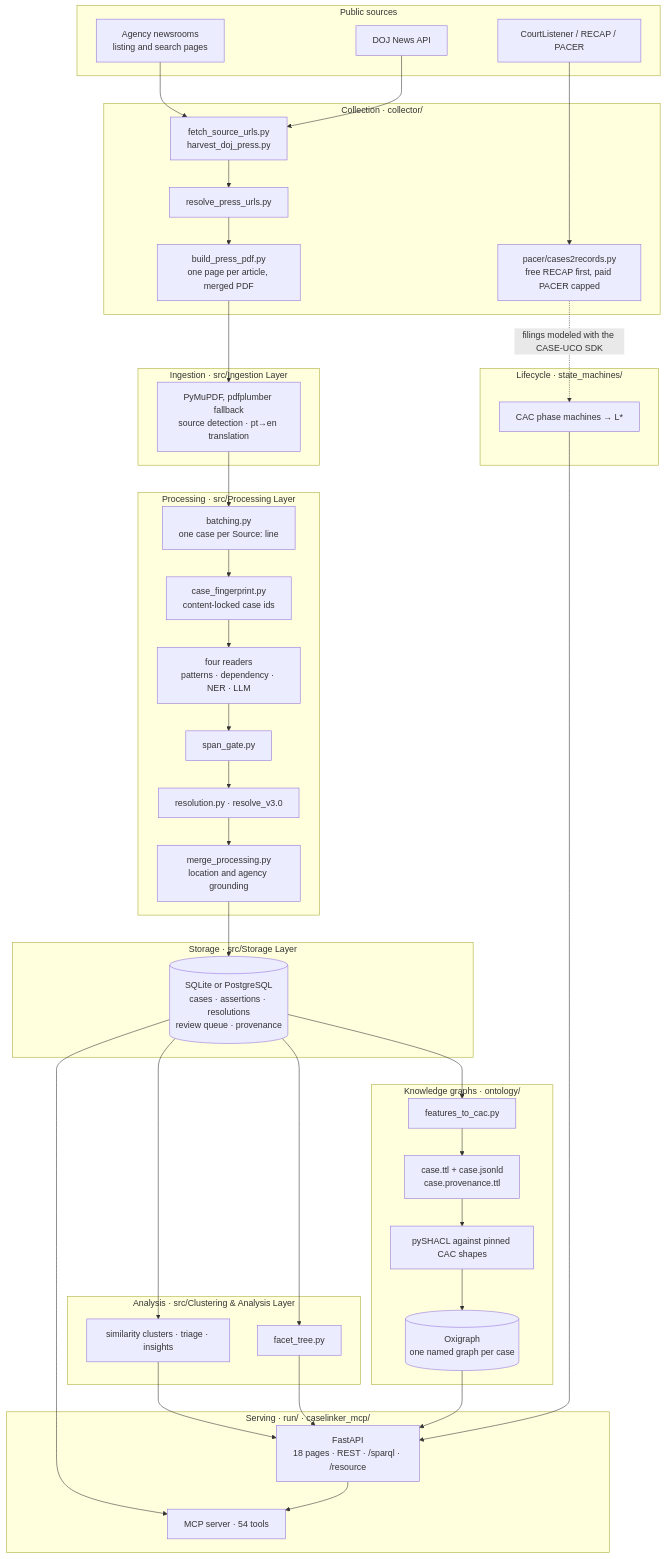
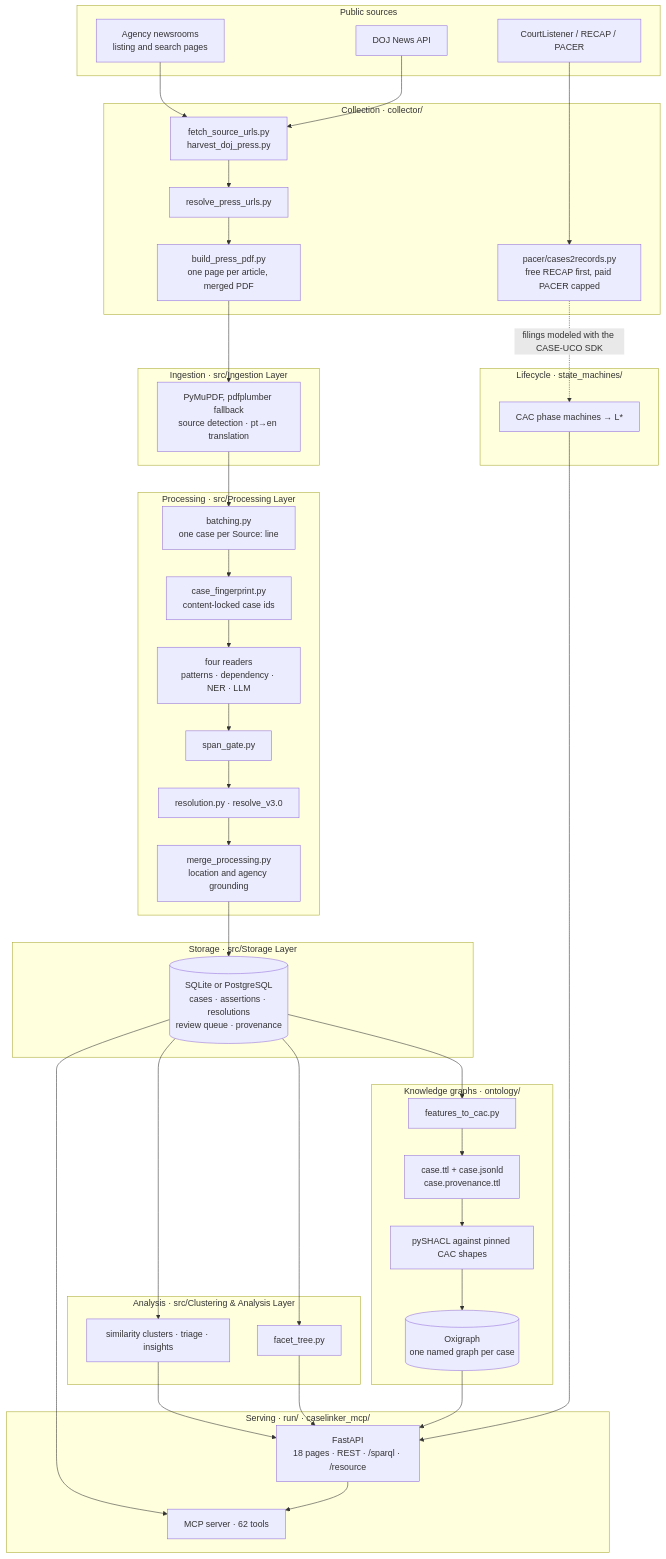
One commit to mrinaalr/CaseLinker changed the first of 6 diagrams in ARCHITECTURE.md. Above: the diagram before and after it, drawn with Mermaid. The commit also changed other lines of this file and 12 other files, not shown here.

Commit message:
repair and expand MCP tools (#85)

````diff
--- a/ARCHITECTURE.md
+++ b/ARCHITECTURE.md
@@ -39,65 +39,65 @@
 ```mermaid
 flowchart TD
   subgraph SRC["Public sources"]
     NEWS["Agency newsrooms<br/>listing and search pages"]
     DOJ["DOJ News API"]
     COURT["CourtListener / RECAP / PACER"]
   end
 
   subgraph COL["Collection · collector/"]
     URLS["fetch_source_urls.py<br/>harvest_doj_press.py"]
     RESOLVE["resolve_press_urls.py"]
     PDF["build_press_pdf.py<br/>one page per article, merged PDF"]
     C2R["pacer/cases2records.py<br/>free RECAP first, paid PACER capped"]
   end
 
   subgraph ING["Ingestion · src/Ingestion Layer"]
     TXT["PyMuPDF, pdfplumber fallback<br/>source detection · pt→en translation"]
   end
 
   subgraph PROC["Processing · src/Processing Layer"]
     BATCH["batching.py<br/>one case per Source: line"]
     FP["case_fingerprint.py<br/>content-locked case ids"]
     READERS["four readers<br/>patterns · dependency · NER · LLM"]
     GATE["span_gate.py"]
     RESOLVE2["resolution.py · resolve_v3.0"]
     MERGE["merge_processing.py<br/>location and agency grounding"]
   end
 
   subgraph STORE["Storage · src/Storage Layer"]
     DB[("SQLite or PostgreSQL<br/>cases · assertions · resolutions<br/>review queue · provenance")]
   end
 
   subgraph ANA["Analysis · src/Clustering & Analysis Layer"]
     SIM["similarity clusters · triage · insights"]
     FACET["facet_tree.py"]
   end
 
   subgraph KG["Knowledge graphs · ontology/"]
     MAP["features_to_cac.py"]
     TTL["case.ttl + case.jsonld<br/>case.provenance.ttl"]
     SHACL["pySHACL against pinned CAC shapes"]
     OX[("Oxigraph<br/>one named graph per case")]
   end
 
   subgraph SM["Lifecycle · state_machines/"]
     LSTAR["CAC phase machines → L*"]
   end
 
   subgraph SERVE["Serving · run/ · caselinker_mcp/"]
     API["FastAPI<br/>18 pages · REST · /sparql · /resource"]
-    MCP["MCP server · 54 tools"]
+    MCP["MCP server · 62 tools"]
   end
 
   NEWS --> URLS
   DOJ --> URLS
   URLS --> RESOLVE --> PDF
   COURT --> C2R
   PDF --> TXT --> BATCH --> FP --> READERS --> GATE --> RESOLVE2 --> MERGE --> DB
   DB --> SIM --> API
   DB --> FACET --> API
   DB --> MAP --> TTL --> SHACL --> OX --> API
   C2R -.->|"filings modeled with the CASE-UCO SDK"| LSTAR --> API
   DB --> MCP
   API --> MCP
 ```
````
